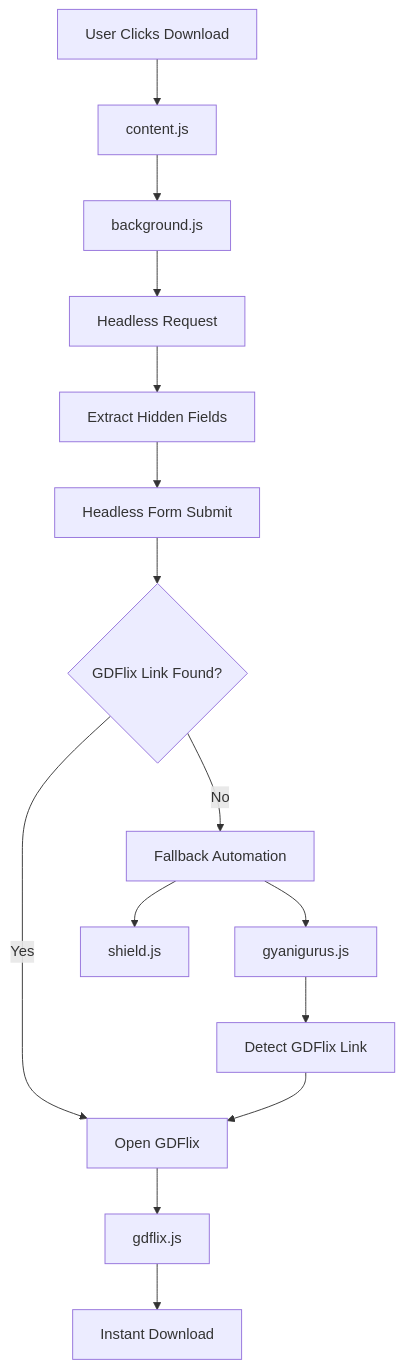
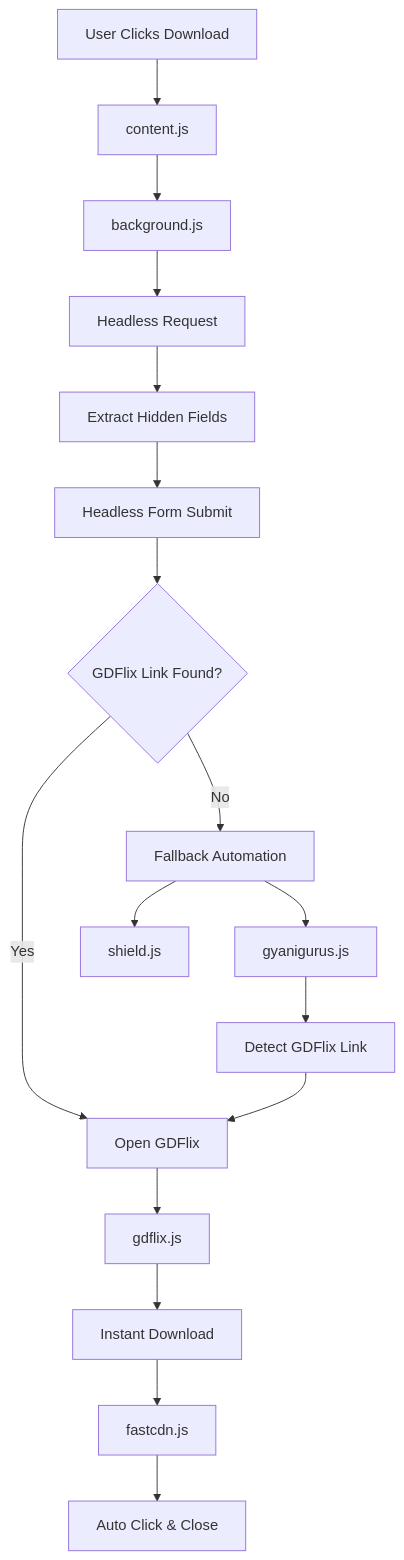
The diagram in README.md (Deepak5310/DesireMovies-Reimagined), drawn with Mermaid before and after one commit. The commit also changed other lines of this file, not shown here.

````diff
--- a/README.md
+++ b/README.md
@@ -54,23 +63,26 @@
 ```mermaid
 graph TD
     A[User Clicks Download] --> B[content.js]
     B --> C[background.js]
 
     C --> D[Headless Request]
     D --> E[Extract Hidden Fields]
     E --> F[Headless Form Submit]
 
     F --> G{GDFlix Link Found?}
 
     G -->|Yes| H[Open GDFlix]
     G -->|No| I[Fallback Automation]
 
     I --> J[shield.js]
     I --> K[gyanigurus.js]
 
     K --> L[Detect GDFlix Link]
     L --> H
 
     H --> M[gdflix.js]
     M --> N[Instant Download]
+
+    N --> O[fastcdn.js]
+    O --> P[Auto Click & Close]
 ```
````
